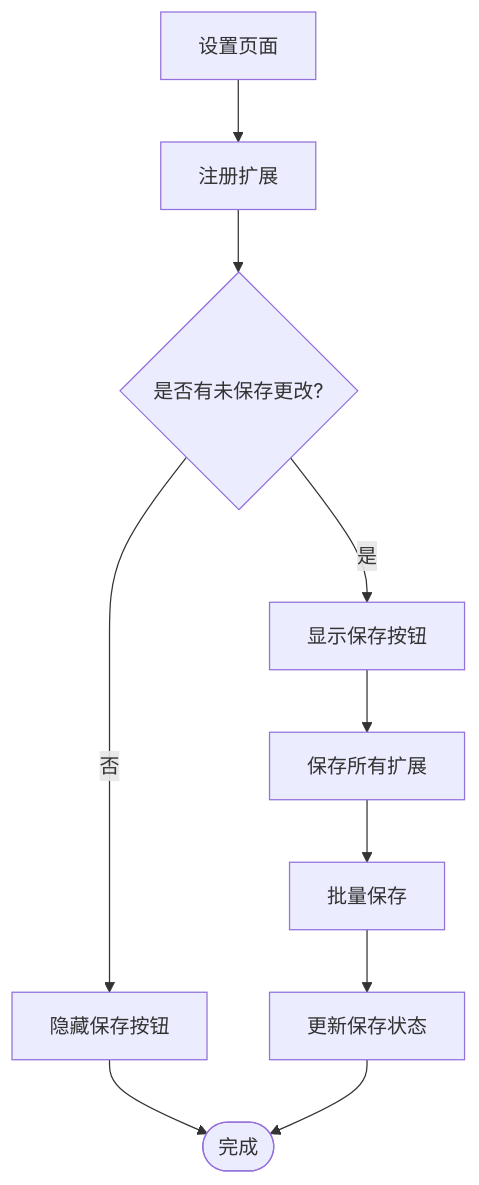
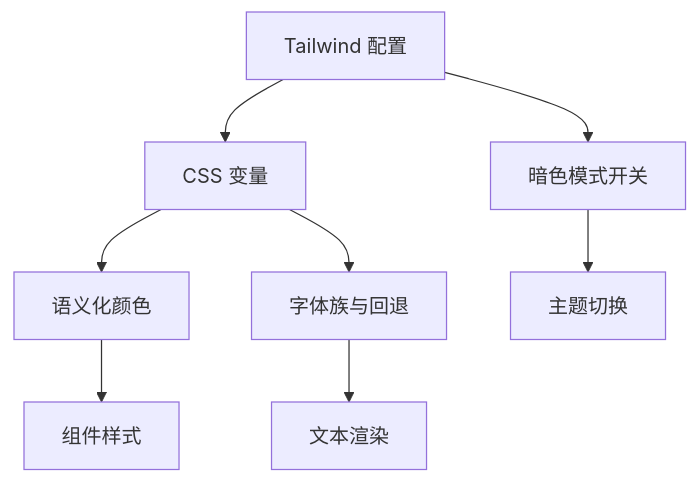
The fifth of 9 diagrams in .qoder/repowiki/zh/content/前端架构/前端架构.md (gongzili456/DeepTutor), drawn with Mermaid before and after one commit. The commit also changed other lines of this file and 1242 other files, not shown here.

````diff
--- a/.qoder/repowiki/zh/content/前端架构/前端架构.md
+++ b/.qoder/repowiki/zh/content/前端架构/前端架构.md
@@ -337,12 +207,10 @@
 ```mermaid
 flowchart TD
-Page["设置页面"] --> Register["注册扩展"]
-Register --> DirtyCheck{"是否有未保存更改?"}
-DirtyCheck --> |是| ShowSave["显示保存按钮"]
-DirtyCheck --> |否| HideSave["隐藏保存按钮"]
-ShowSave --> SaveAll["保存所有扩展"]
-HideSave --> End(["完成"])
-SaveAll --> BatchSave["批量保存"]
-BatchSave --> UpdateStatus["更新保存状态"]
-UpdateStatus --> End
+TW["Tailwind 配置"] --> Vars["CSS 变量"]
+Vars --> Colors["语义化颜色"]
+Vars --> Fonts["字体族与回退"]
+TW --> Dark["暗色模式开关"]
+Colors --> UI["组件样式"]
+Fonts --> Text["文本渲染"]
+Dark --> Theme["主题切换"]
 ```
````
